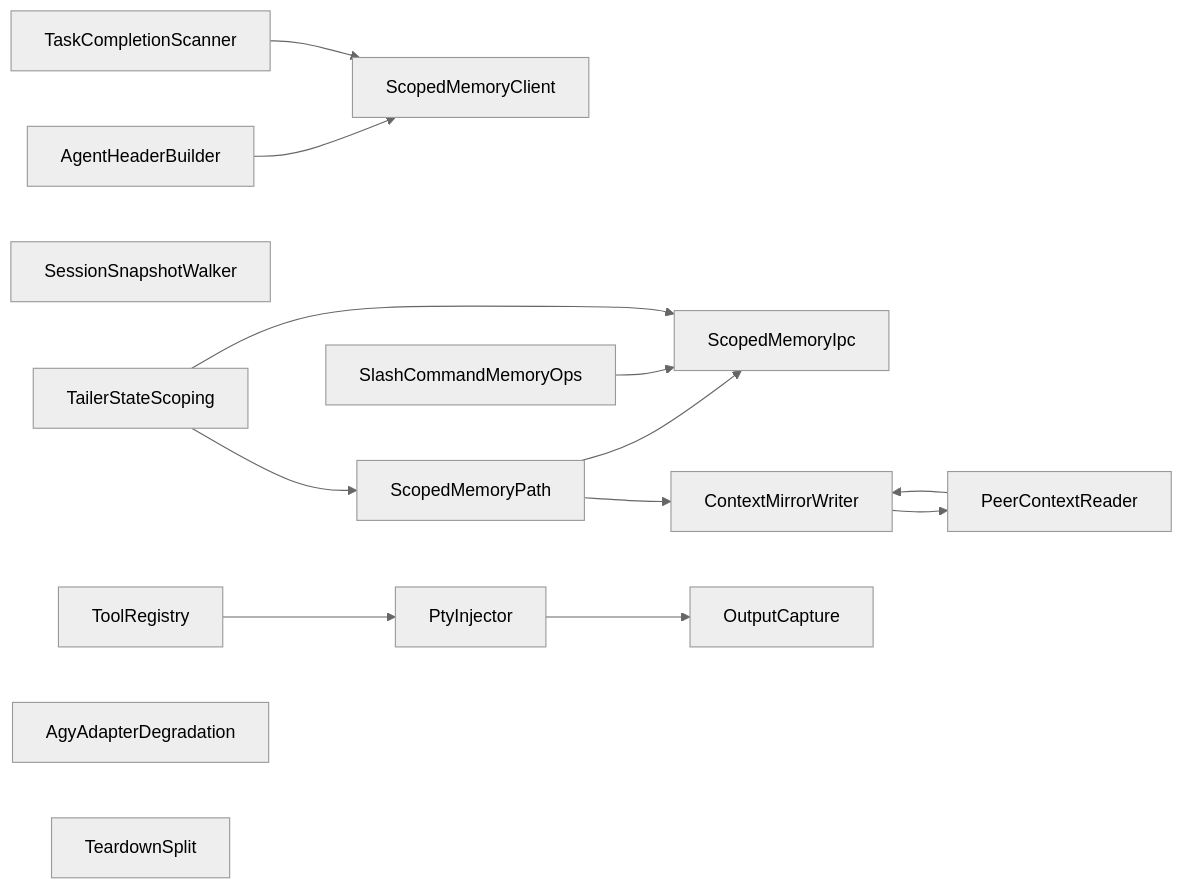
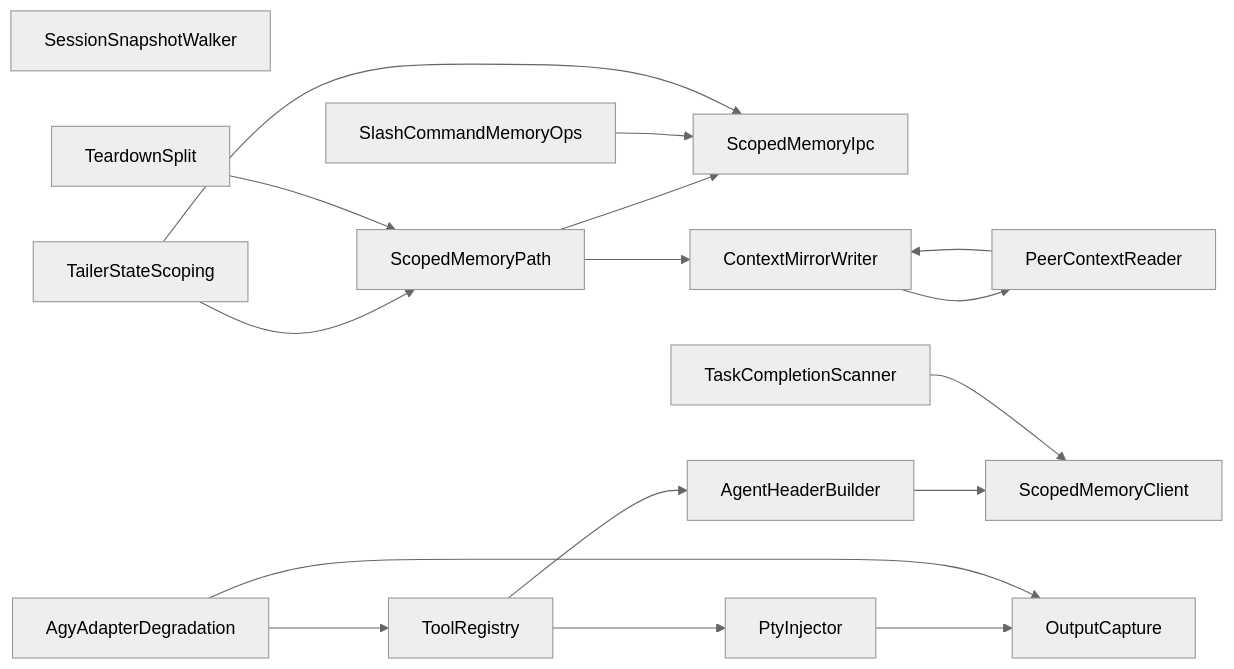
Before and after one commit to yes506/canvas-terminal: the diagram in ai-artifacts/runs/code/collab-isolation-agy-46135-45591-1034/plan.mmd, drawn with Mermaid (neutral theme). The commit also changed 2 other files, not shown here.

```diff
--- a/ai-artifacts/runs/code/collab-isolation-agy-46135-45591-1034/plan.mmd
+++ b/ai-artifacts/runs/code/collab-isolation-agy-46135-45591-1034/plan.mmd
@@ -1,27 +1,31 @@
 graph LR
   ScopedMemoryIpc["ScopedMemoryIpc"]
   ScopedMemoryClient["ScopedMemoryClient"]
   ScopedMemoryPath["ScopedMemoryPath"]
   ContextMirrorWriter["ContextMirrorWriter"]
   AgentHeaderBuilder["AgentHeaderBuilder"]
   TaskCompletionScanner["TaskCompletionScanner"]
   SlashCommandMemoryOps["SlashCommandMemoryOps"]
   PeerContextReader["PeerContextReader"]
   SessionSnapshotWalker["SessionSnapshotWalker"]
   ToolRegistry["ToolRegistry"]
   PtyInjector["PtyInjector"]
   OutputCapture["OutputCapture"]
   TailerStateScoping["TailerStateScoping"]
   AgyAdapterDegradation["AgyAdapterDegradation"]
   TeardownSplit["TeardownSplit"]
   ScopedMemoryPath --> ScopedMemoryIpc
   ScopedMemoryPath --> ContextMirrorWriter
   ContextMirrorWriter --> PeerContextReader
   AgentHeaderBuilder --> ScopedMemoryClient
   TaskCompletionScanner --> ScopedMemoryClient
   SlashCommandMemoryOps --> ScopedMemoryIpc
   PeerContextReader --> ContextMirrorWriter
   ToolRegistry --> PtyInjector
+  ToolRegistry --> AgentHeaderBuilder
   PtyInjector --> OutputCapture
   TailerStateScoping --> ScopedMemoryPath
   TailerStateScoping --> ScopedMemoryIpc
+  AgyAdapterDegradation --> ToolRegistry
+  AgyAdapterDegradation --> OutputCapture
+  TeardownSplit --> ScopedMemoryPath
```
